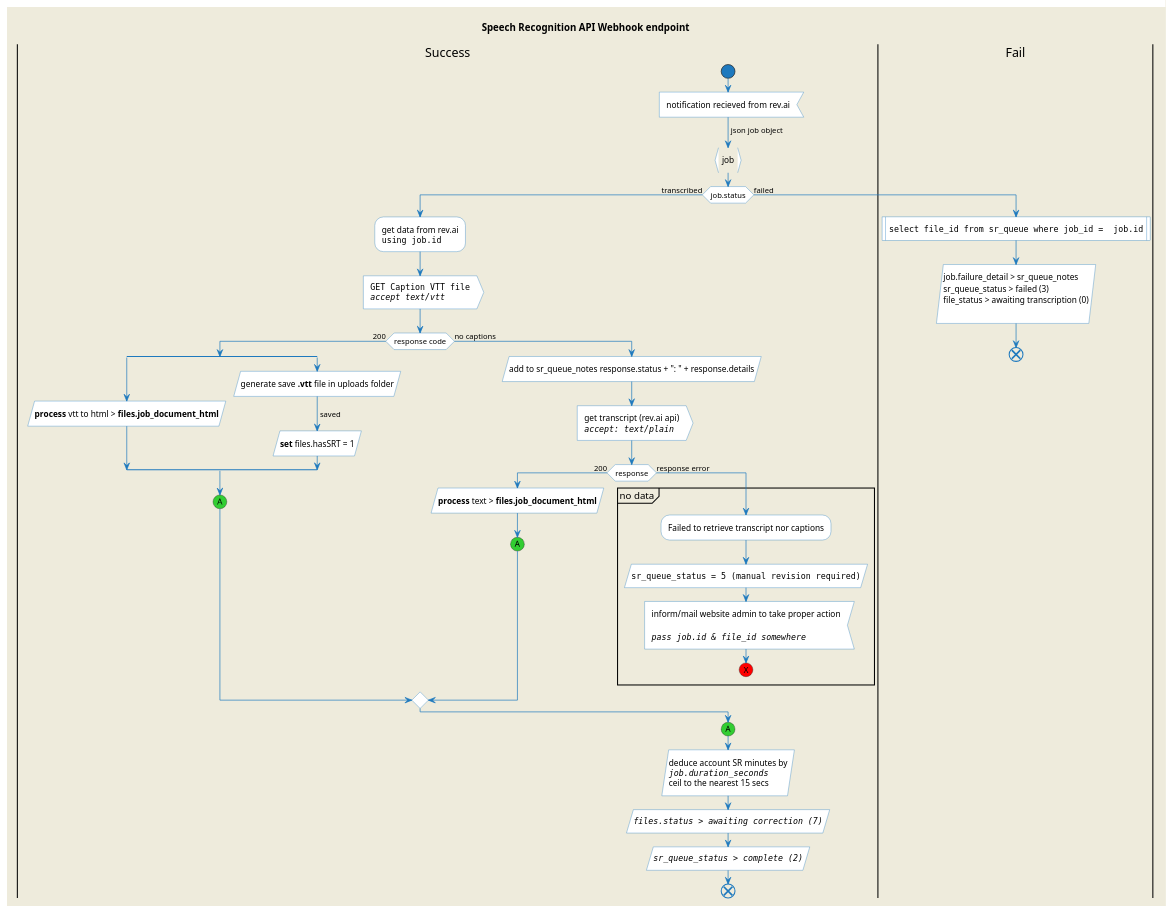
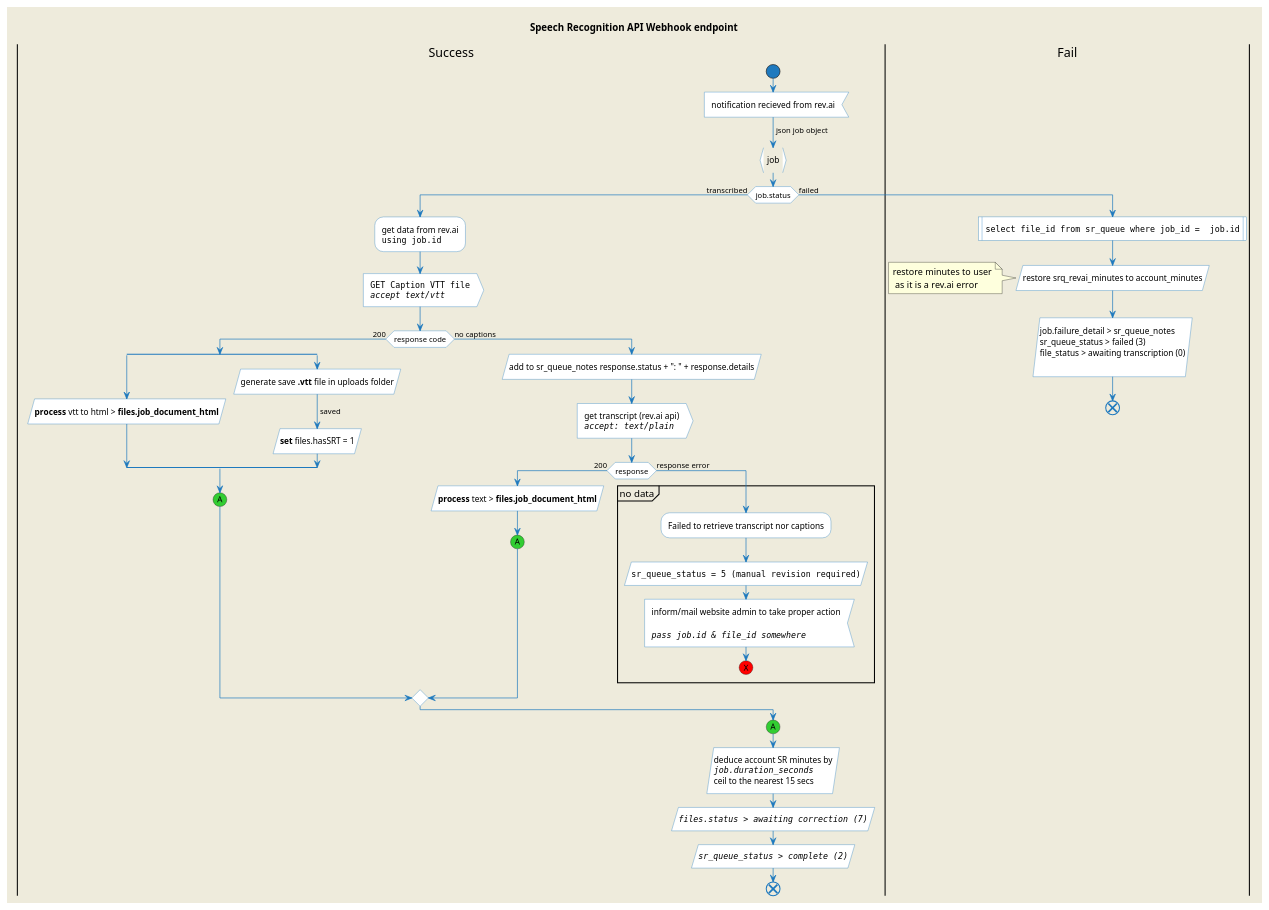
One commit to RyanG2016/vscription-transcribe-shrink changed the diagram in docs/puml/SR_Recieve.puml. Above: the diagram before and after it, drawn with PlantUML. The commit also changed 2 other files, not shown here.

```diff
--- a/docs/puml/SR_Recieve.puml
+++ b/docs/puml/SR_Recieve.puml
@@ -1,82 +1,86 @@
 @startuml
 title Speech Recognition API Webhook endpoint
 
 skinparam backgroundColor #EEEBDC
 'skinparam handwritten true
 
 skinparam activity {
   StartColor #1e79be
   ArrowColor #1e79be
   EndColor #1e79be
   BackgroundColor white
   SequenceTitleFontColor white
   BorderColor #1e79be
   FontName Tahoma
 }
 
 |Success|
 start
 
 :notification recieved from rev.ai<
 -> json job object;
 :job}
 
 if(job.status) is (transcribed) then
     :get data from rev.ai
     ""using job.id"";
     :""GET Caption VTT file""
     ""//accept text/vtt//"">
 
     if (response code) is (200) then
         split
             :**process** vtt to html > **files.job_document_html**/
         split again
             :generate save **.vtt** file in uploads folder/
             -> saved;
             :**set** files.hasSRT = 1/
         end split
         #32CD32:(A)
 '        detach
 
     else (no captions)
         :add to sr_queue_notes response.status + ": " + response.details/
         :get transcript (rev.ai api)
         ""//accept: text/plain//"">
 
         if (response) is (200) then
             :**process** text > **files.job_document_html**/
             #32CD32:(A)
 '            detach
         else (response error)
             partition "no data" {
                 :Failed to retrieve transcript nor captions;
                 :""sr_queue_status = 5 (manual revision required)""/
                 :inform/mail website admin to take proper action
 
                 //""pass job.id & file_id somewhere""// <
                 #red:(X)
                 detach
             }
         endif
     endif
 
 else (failed)
     |Fail|
     :""select file_id from sr_queue where job_id =  job.id""|
+
+    :restore srq_revai_minutes to account_minutes/
+    note left: restore minutes to user\n as it is a rev.ai error
+
     :job.failure_detail > sr_queue_notes
     sr_queue_status > failed (3)
     file_status > awaiting transcription (0)
     /
     end
 endif
 
 |Success|
 #32CD32:(A)
 :deduce account SR minutes by
 ""//job.duration_seconds//""
 ceil to the nearest 15 secs/
 :""//files.status > awaiting correction (7)//""/
 :""//sr_queue_status > complete (2)//""/
 end
 
 @enduml
```
